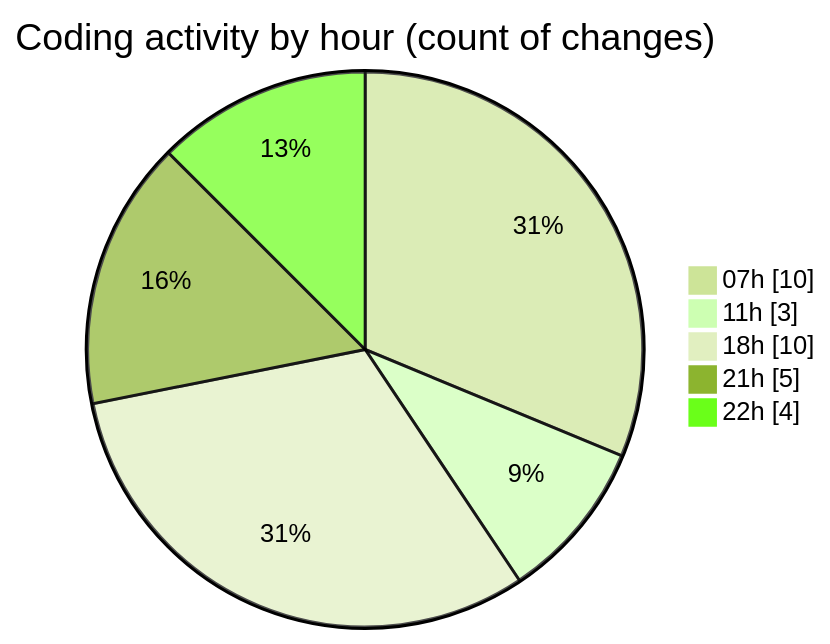
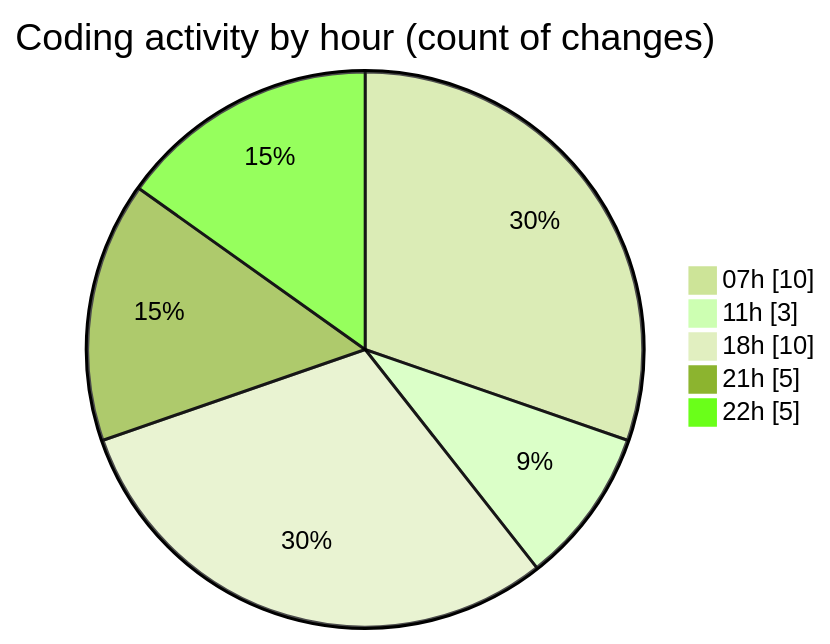
Before and after one commit to FelipKnott/code-tracking: the second of 2 diagrams in 2025-07-12/cursor/README.md, drawn with Mermaid (forest theme). The commit also changed other lines of this file and 1 other file, not shown here.

````diff
--- a/2025-07-12/cursor/README.md
+++ b/2025-07-12/cursor/README.md
@@ -38,9 +38,9 @@
 ```mermaid
 pie showData
 title Coding activity by hour (count of changes)
 "07h" : 10
 "11h" : 3
 "18h" : 10
 "21h" : 5
-"22h" : 4
+"22h" : 5
 ```
````
